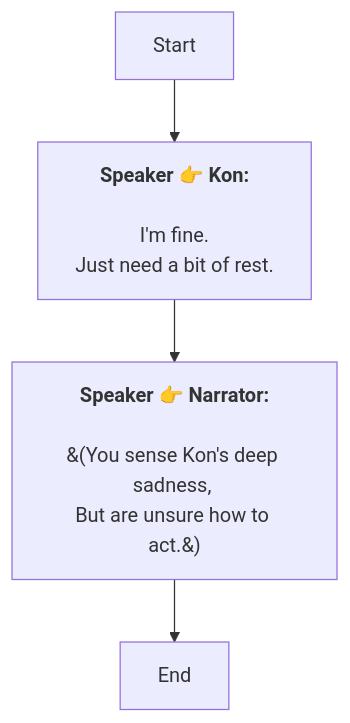
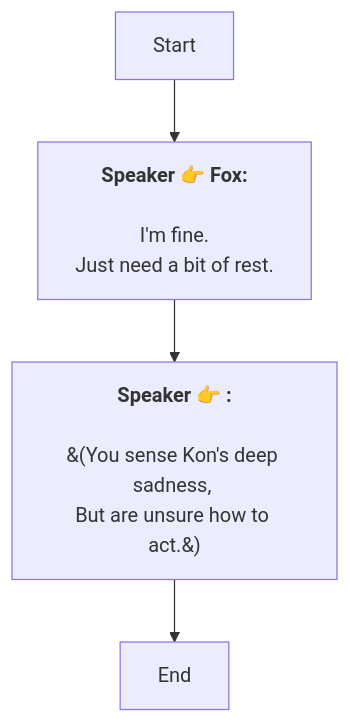
One commit to SoftHu/tos_avg changed the diagram in En/AddDialogNode_1738551309133086.md. Above: the diagram before and after it, drawn with Mermaid. The commit also changed 737 other files, not shown here.

````diff
--- a/En/AddDialogNode_1738551309133086.md
+++ b/En/AddDialogNode_1738551309133086.md
@@ -1,13 +1,10 @@
 ```mermaid
 graph
-Start -->1738551382236449[<b>Speaker 👉 Kon:</b>
-
-I'm fine.
-Just need a bit of rest.]
-1738551382236449 -->1738551568188707[<b>Speaker 👉 Narrator:</b>
-
-&#40;You sense Kon's deep sadness, 
+Start -->1738551382236449[<b>Speaker 👉 Fox:</b>
+\nI'm fine.\nJust need a bit of rest.]
+1738551382236449 -->1738551568188707[<b>Speaker 👉 :</b>
+\n&#40;You sense Kon's deep sadness, 
 But are unsure how to act.&#41;]
 1738551568188707 -->1738551384198434[End]
 
- ```
+```
````
